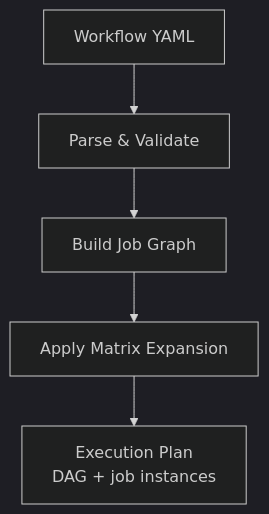
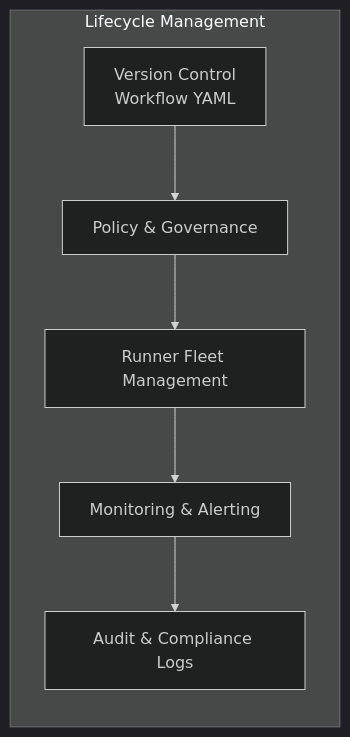
Before and after one commit to VishuKalier2003/System-Design-Components: diagram 14 of 21 in Composite/S02-CompositeBuildGraph/case-studies/GitHub-Actions.md, drawn with Mermaid (dark theme). The commit also changed other lines of this file, not shown here.

````diff
--- a/Composite/S02-CompositeBuildGraph/case-studies/GitHub-Actions.md
+++ b/Composite/S02-CompositeBuildGraph/case-studies/GitHub-Actions.md
@@ -579,7 +419,15 @@
 ```mermaid
-flowchart TD
-    Y[Workflow YAML] --> P[Parse & Validate]
-    P --> G[Build Job Graph]
-    G --> M[Apply Matrix Expansion]
-    M --> EPLAN[Execution Plan<br/>DAG + job instances]
+flowchart LR
+    subgraph Lifecycle Management
+        A[Version Control<br/>Workflow YAML]
+        B[Policy & Governance]
+        C[Runner Fleet Management]
+        D[Monitoring & Alerting]
+        E[Audit & Compliance Logs]
+    end
+
+    A --> B
+    B --> C
+    C --> D
+    D --> E
 ```
````
